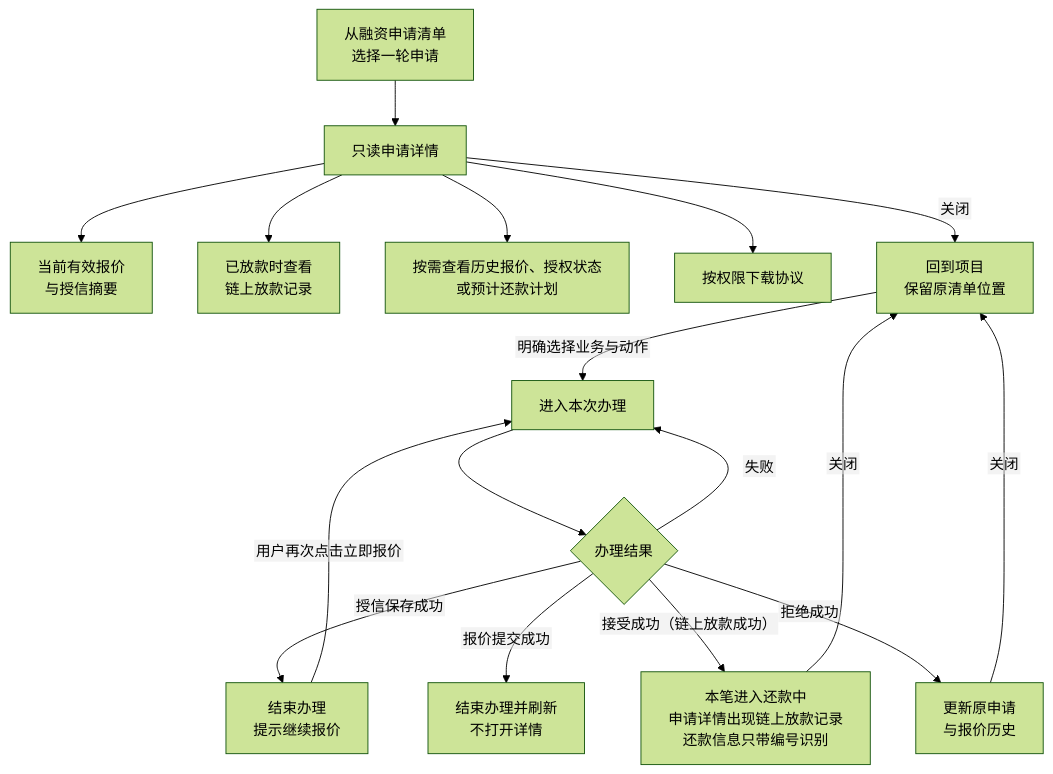
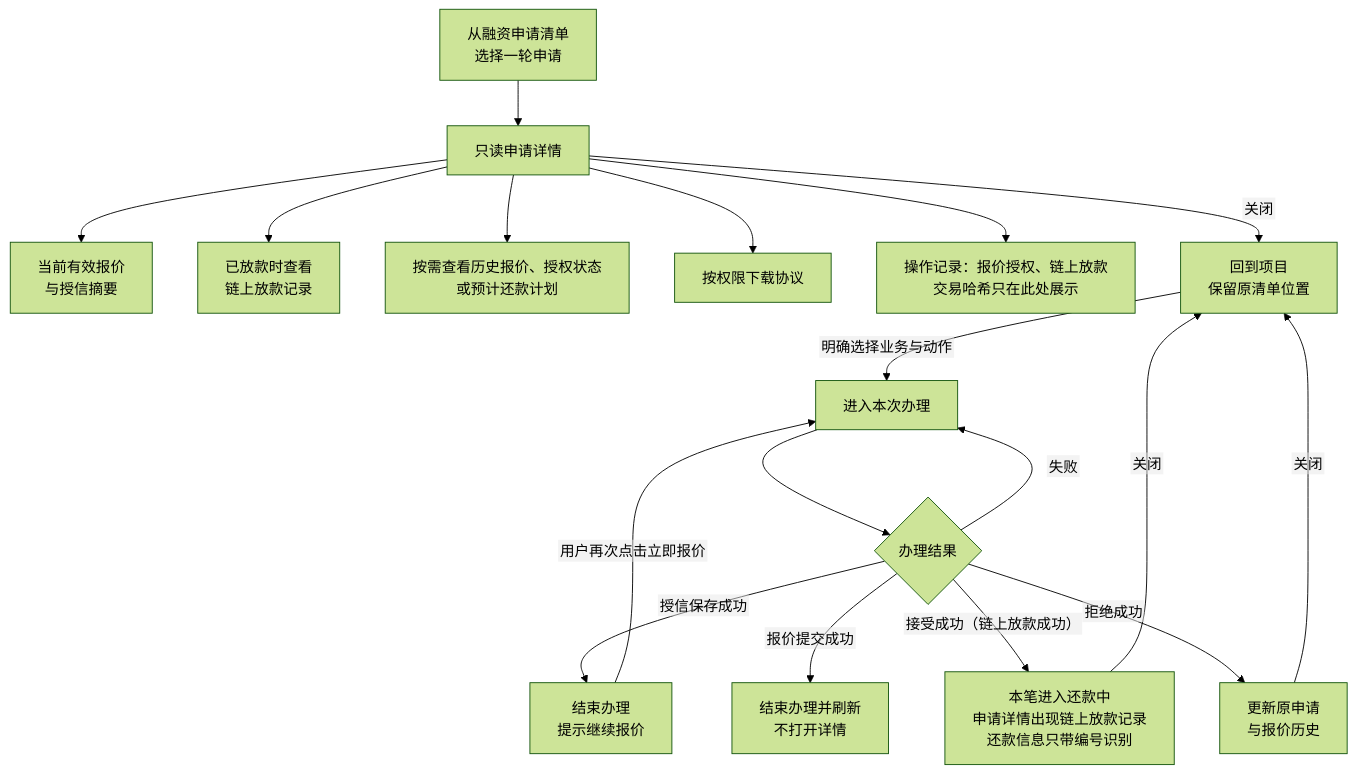
Before and after one commit to wxblockchain/Chain-Financing: the fifth of 10 diagrams in lending-platform/PRD/面客端/06-借贷广场-授信报价与接受拒绝/02-授信报价与接受拒绝-流程图与状态机.md, drawn with Mermaid (forest theme). The commit also changed other lines of this file and 3 other files, not shown here.

````diff
--- a/lending-platform/PRD/面客端/06-借贷广场-授信报价与接受拒绝/02-授信报价与接受拒绝-流程图与状态机.md
+++ b/lending-platform/PRD/面客端/06-借贷广场-授信报价与接受拒绝/02-授信报价与接受拒绝-流程图与状态机.md
@@ -145,20 +159,21 @@
 ```mermaid
 %%{init: {"flowchart": {"htmlLabels": false, "wrappingWidth": 400}}}%%
 flowchart TD
   A["从融资申请清单<br/>选择一轮申请"] --> B["只读申请详情"]
   B --> C["当前有效报价<br/>与授信摘要"]
   B --> C2["已放款时查看<br/>链上放款记录"]
   B --> D["按需查看历史报价、授权状态<br/>或预计还款计划"]
   B --> E["按权限下载协议"]
+  B --> OR["操作记录：报价授权、链上放款<br/>交易哈希只在此处展示"]
   B -->|"关闭"| P["回到项目<br/>保留原清单位置"]
   P -->|"明确选择业务与动作"| Q["进入本次办理"]
   Q --> R{"办理结果"}
   R -->|"授信保存成功"| S["结束办理<br/>提示继续报价"]
   R -->|"报价提交成功"| T["结束办理并刷新<br/>不打开详情"]
   R -->|"接受成功（链上放款成功）"| U["本笔进入还款中<br/>申请详情出现链上放款记录<br/>还款信息只带编号识别"]
   R -->|"拒绝成功"| V["更新原申请<br/>与报价历史"]
   R -->|"失败"| Q
   S -->|"用户再次点击立即报价"| Q
   U -->|"关闭"| P
   V -->|"关闭"| P
 ```
````
